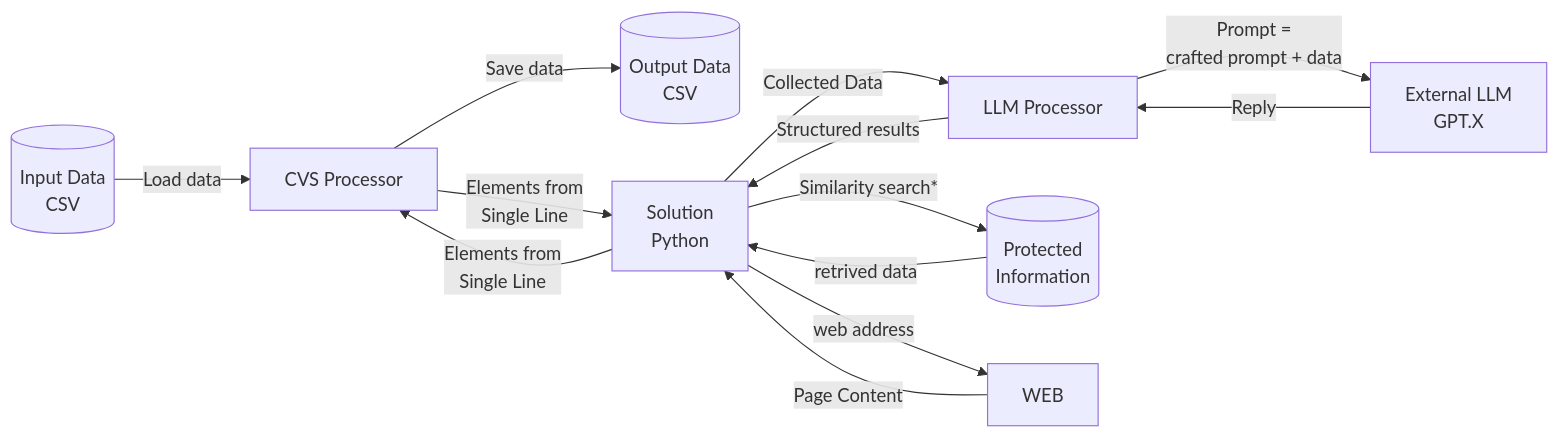
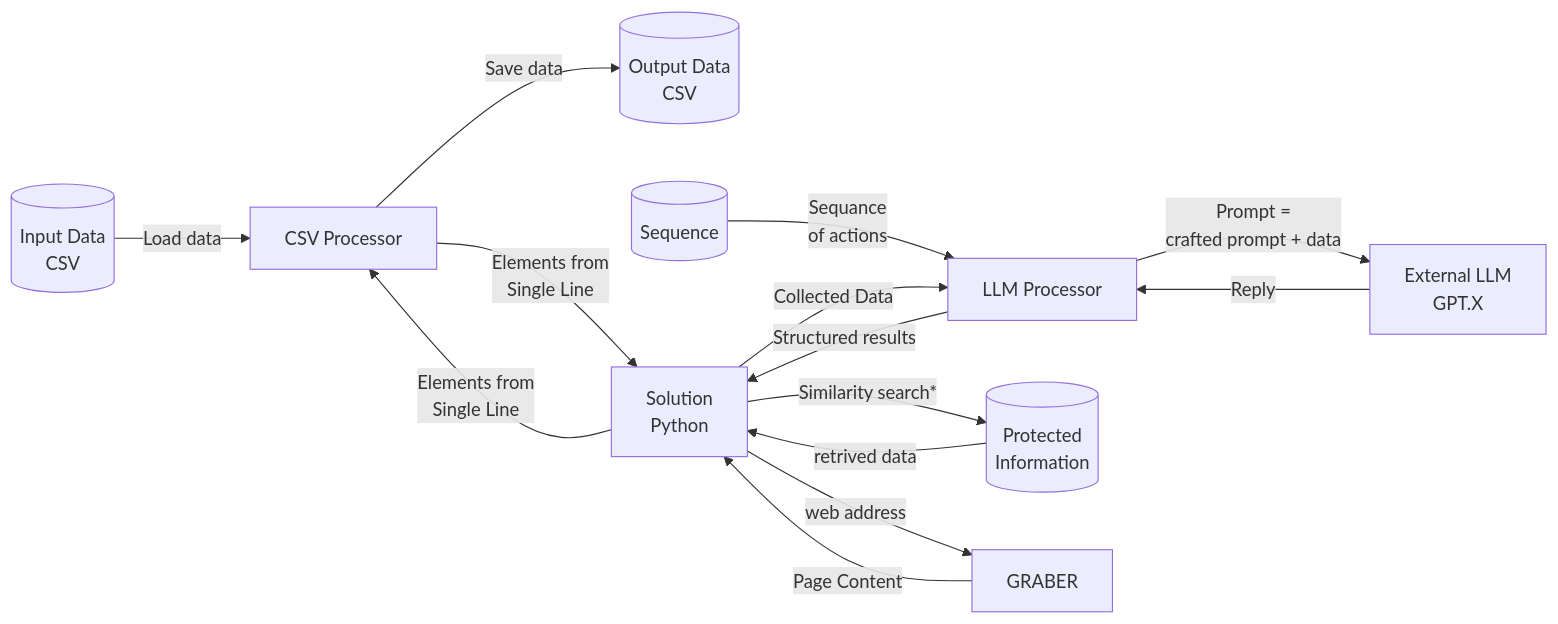
Before and after one commit to golubenkogl/csv_analitics: the diagram in README.md, drawn with Mermaid. The commit also changed other lines of this file, not shown here.

````diff
--- a/README.md
+++ b/README.md
@@ -40,31 +41,36 @@
 ```mermaid
 flowchart LR
   accTitle: SYSTEM Data Flow Diagram.
     IN[(Input Data
         CSV)];
     OUT[(Output Data
         CSV)];
+    INSTRUCTIONS[(Sequence)]
+
     PoC[Solution
         Python];
+    PARSER[CSV Processor];
+    ANALYZER[LLM Processor];
+
     LLM[External LLM
         GPT.X];
-    PARSER[CVS Processor];
-    ANALYZER[LLM Processor];
     DB[(Protected
         Information)];
 
+
+    INSTRUCTIONS -->| Sequance 
+                     of actions| ANALYZER
     IN -->| Load data | PARSER
     PARSER -->| Elements from
                 Single Line | PoC
-    PoC -->| web address | WEB -->| Page Content | PoC
+    PoC -->| web address | GRABER -->| Page Content | PoC
     PoC -->| Similarity search* | DB -->| retrived data | PoC
     PoC -->| Collected Data | ANALYZER
     ANALYZER -->| Prompt =
         crafted prompt + data| LLM
     LLM -->| Reply | ANALYZER
     ANALYZER -->| Structured results | PoC
     PoC -->| Elements from
                 Single Line | PARSER
     PARSER -->| Save data | OUT
-
 ```
````
